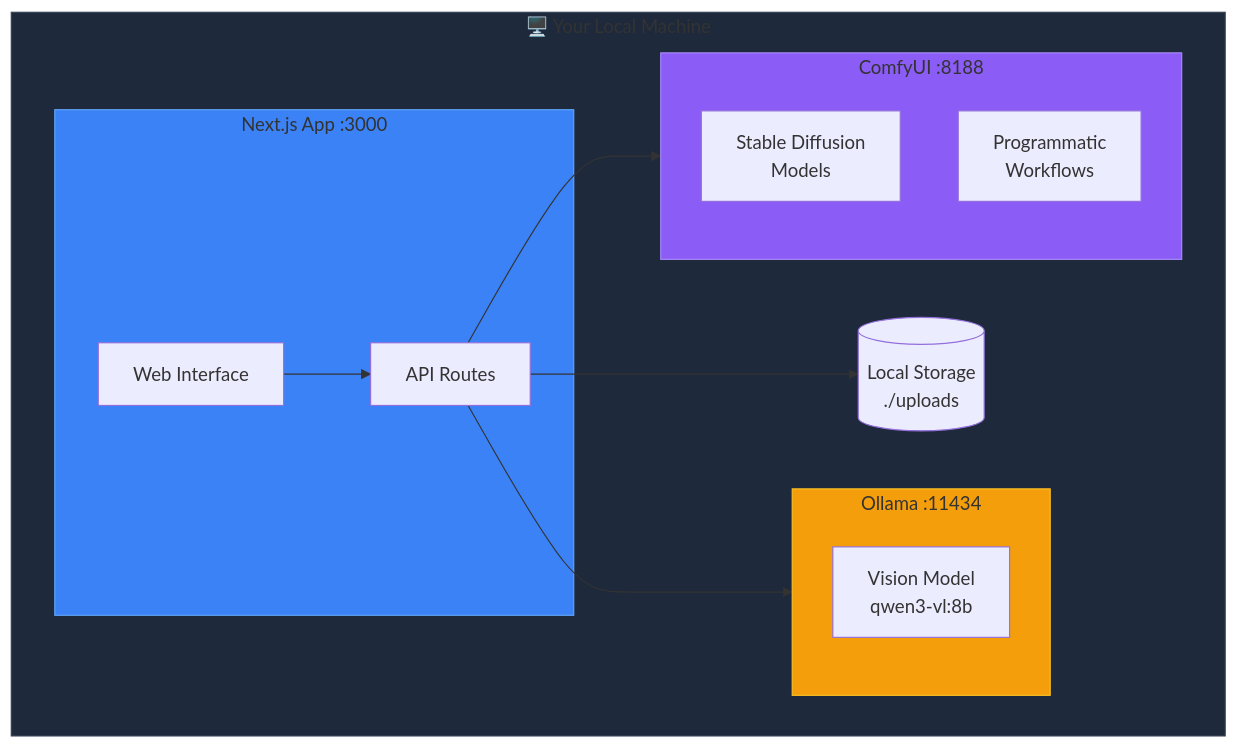
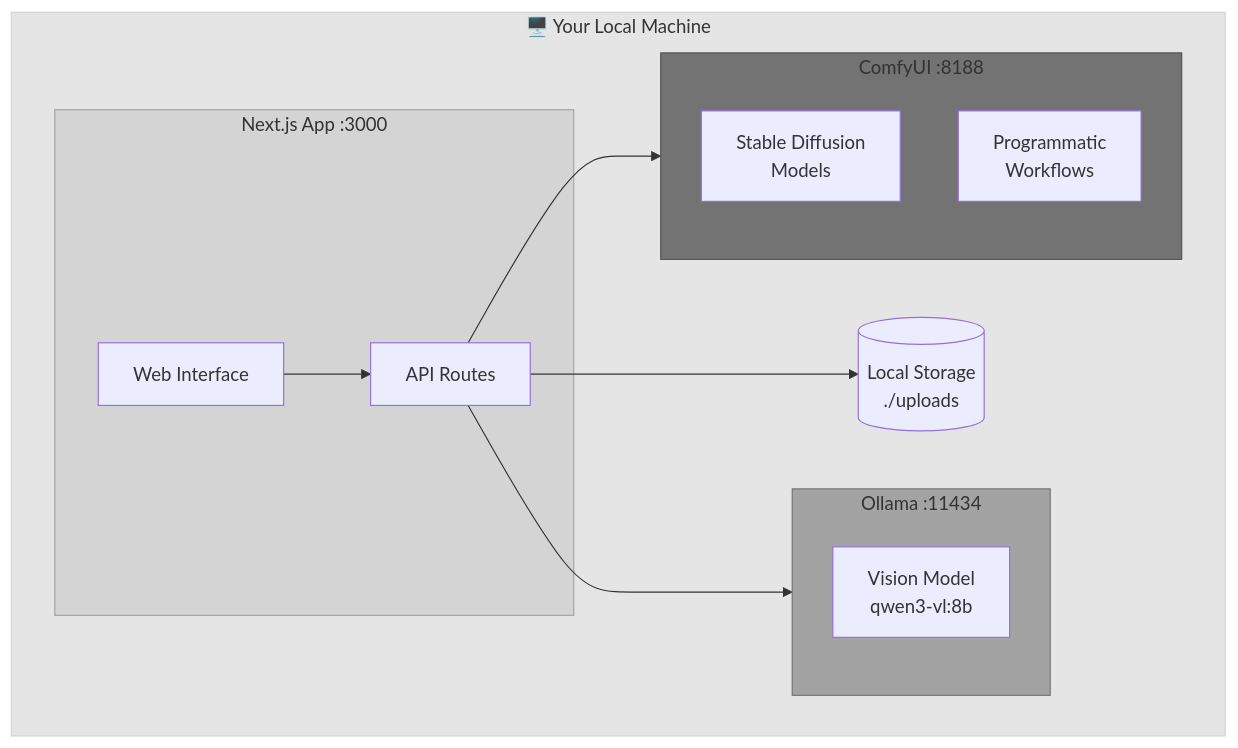
The second of 4 diagrams in README.md (johnnaumann/anthroposcenic_001), drawn with Mermaid before and after one commit. The commit also changed other lines of this file and 6 other files, not shown here.

````diff
--- a/README.md
+++ b/README.md
@@ -33,30 +35,30 @@
 ```mermaid
 graph TB
     subgraph local["🖥️ Your Local Machine"]
         subgraph app["Next.js App :3000"]
             UI[Web Interface]
             API[API Routes]
         end
         
         subgraph ollama["Ollama :11434"]
             VM[Vision Model<br/>qwen3-vl:8b]
         end
         
         subgraph comfy["ComfyUI :8188"]
             SD[Stable Diffusion<br/>Models]
             WF[Programmatic<br/>Workflows]
         end
         
         FS[(Local Storage<br/>./uploads)]
     end
     
     UI --> API
     API --> ollama
     API --> comfy
     API --> FS
     
-    style local fill:#1e293b,stroke:#334155
-    style app fill:#3b82f6,stroke:#60a5fa
-    style ollama fill:#f59e0b,stroke:#fbbf24
-    style comfy fill:#8b5cf6,stroke:#a78bfa
+    style local fill:#e5e5e5,stroke:#d4d4d4
+    style app fill:#d4d4d4,stroke:#a3a3a3
+    style ollama fill:#a3a3a3,stroke:#737373
+    style comfy fill:#737373,stroke:#525252
 ```
````
